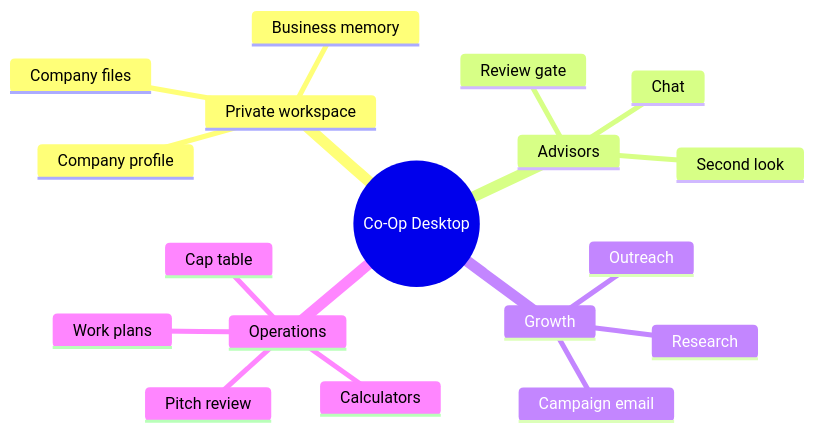
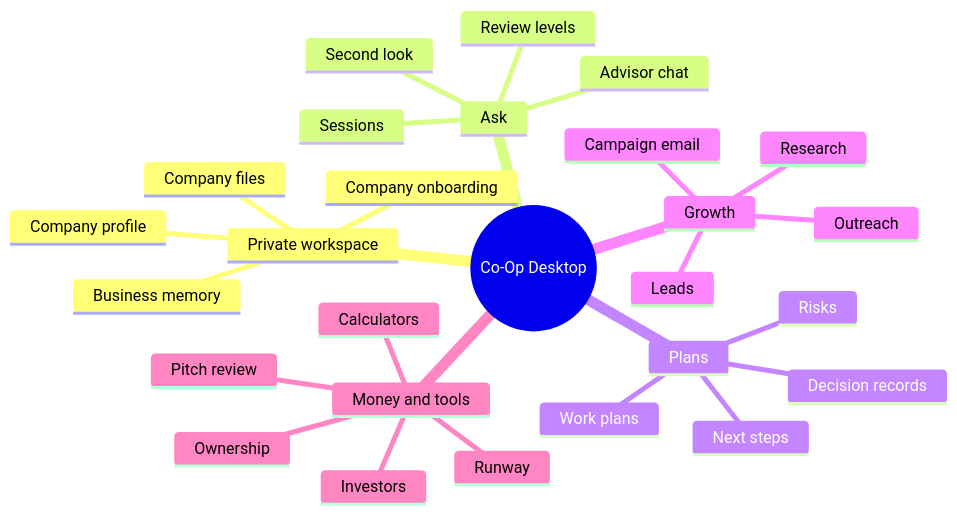
One commit to Afnanksalal/co-op changed the diagram in docs/FEATURE_RESTORATION_AUDIT.md. Above: the diagram before and after it, drawn with Mermaid. The commit also changed other lines of this file and 44 other files, not shown here.

````diff
--- a/docs/FEATURE_RESTORATION_AUDIT.md
+++ b/docs/FEATURE_RESTORATION_AUDIT.md
@@ -9,21 +9,30 @@
 ```mermaid
 mindmap
   root((Co-Op Desktop))
     Private workspace
+      Company onboarding
       Company profile
       Business memory
       Company files
-    Advisors
-      Chat
+    Ask
+      Advisor chat
+      Sessions
       Second look
-      Review gate
+      Review levels
+    Plans
+      Work plans
+      Decision records
+      Risks
+      Next steps
     Growth
       Research
+      Leads
       Outreach
       Campaign email
-    Operations
-      Work plans
+    Money and tools
+      Runway
       Pitch review
-      Cap table
+      Ownership
+      Investors
       Calculators
 ```
````
